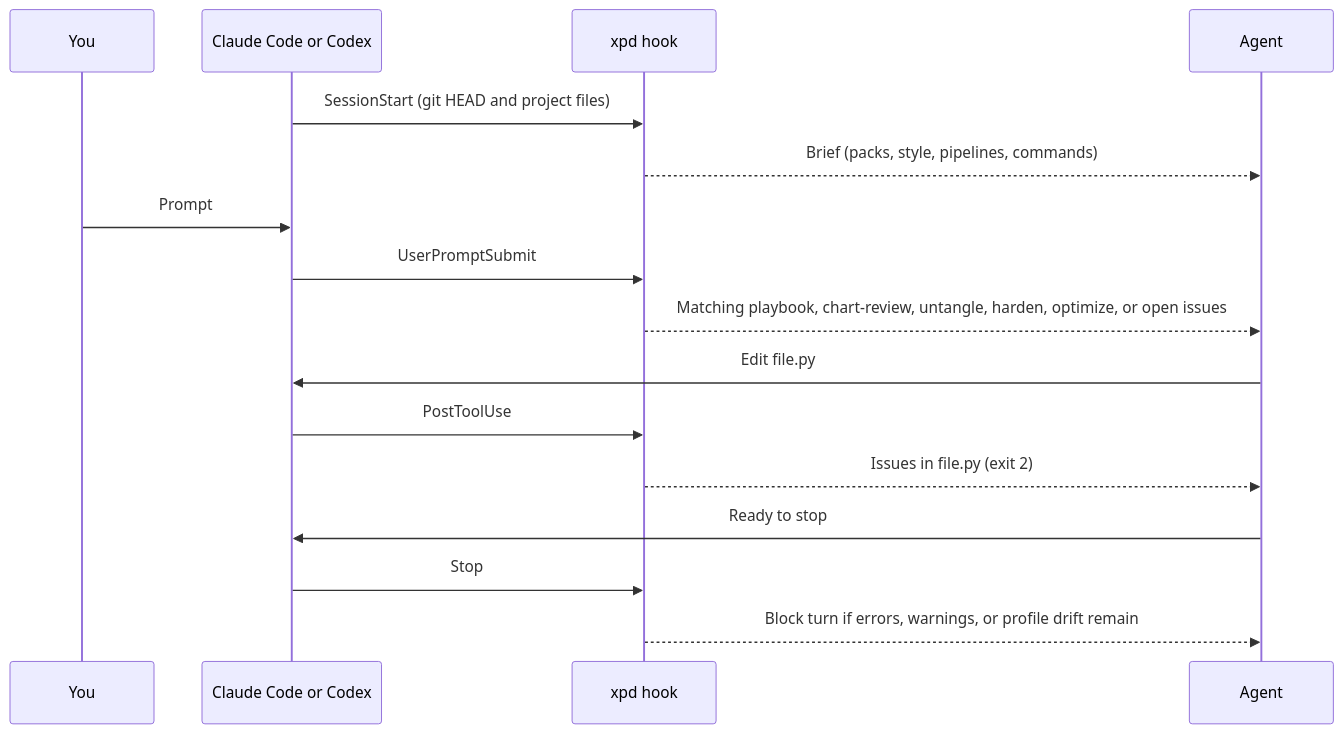
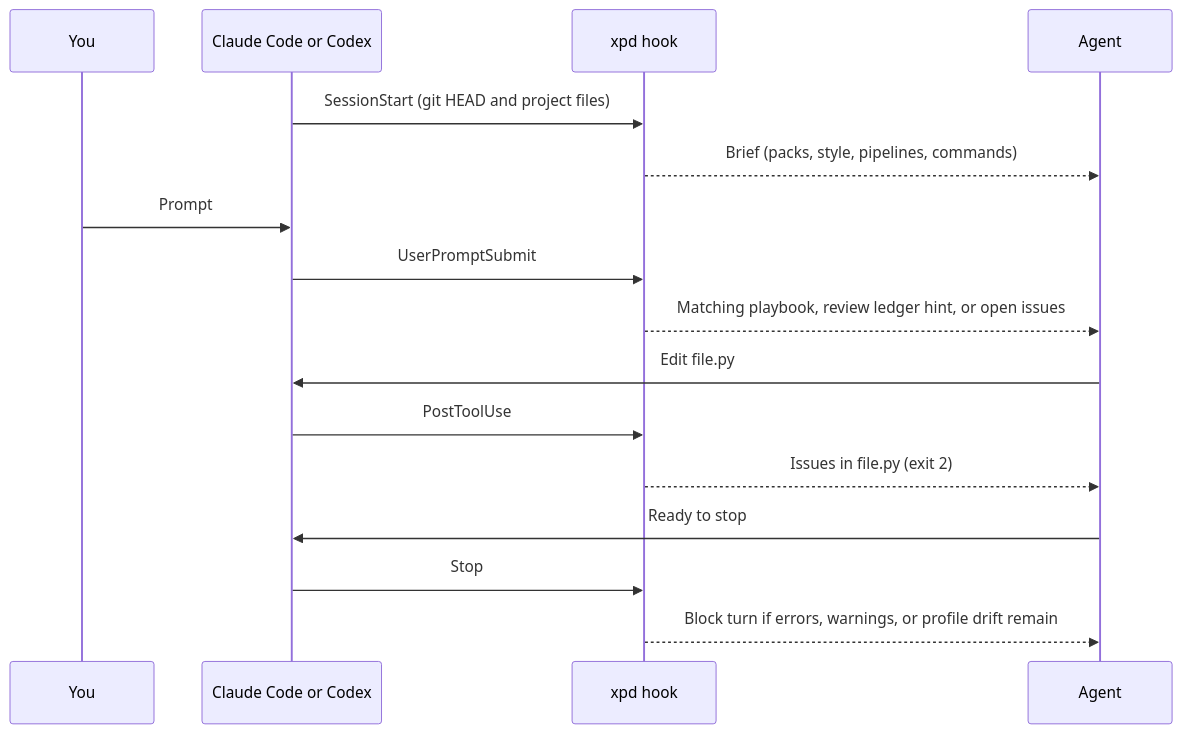
The diagram in website/src/content/docs/guides/claude-code.md (bjoernaagaard/xpd), drawn with Mermaid before and after one commit. The commit also changed other lines of this file and 22 other files, not shown here.

````diff
--- a/website/src/content/docs/guides/claude-code.md
+++ b/website/src/content/docs/guides/claude-code.md
@@ -10,18 +10,18 @@
 ```mermaid
 sequenceDiagram
     participant You
     participant Client as Claude Code or Codex
     participant Hook as xpd hook
     participant Agent
     Client->>Hook: SessionStart (git HEAD and project files)
     Hook-->>Agent: Brief (packs, style, pipelines, commands)
     You->>Client: Prompt
     Client->>Hook: UserPromptSubmit
-    Hook-->>Agent: Matching playbook, chart-review, untangle, harden, optimize, or open issues
+    Hook-->>Agent: Matching playbook, review ledger hint, or open issues
     Agent->>Client: Edit file.py
     Client->>Hook: PostToolUse
     Hook-->>Agent: Issues in file.py (exit 2)
     Agent->>Client: Ready to stop
     Client->>Hook: Stop
     Hook-->>Agent: Block turn if errors, warnings, or profile drift remain
 ```
````
